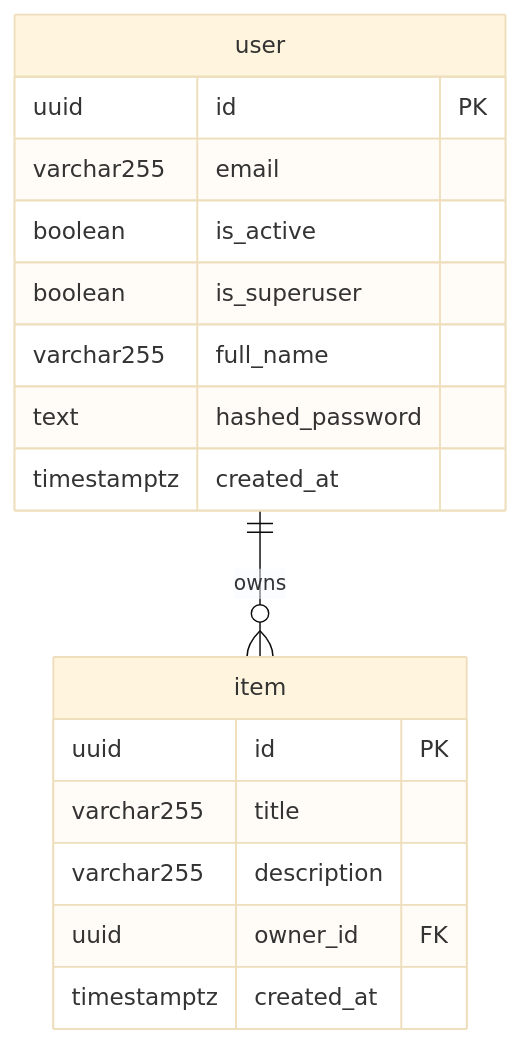
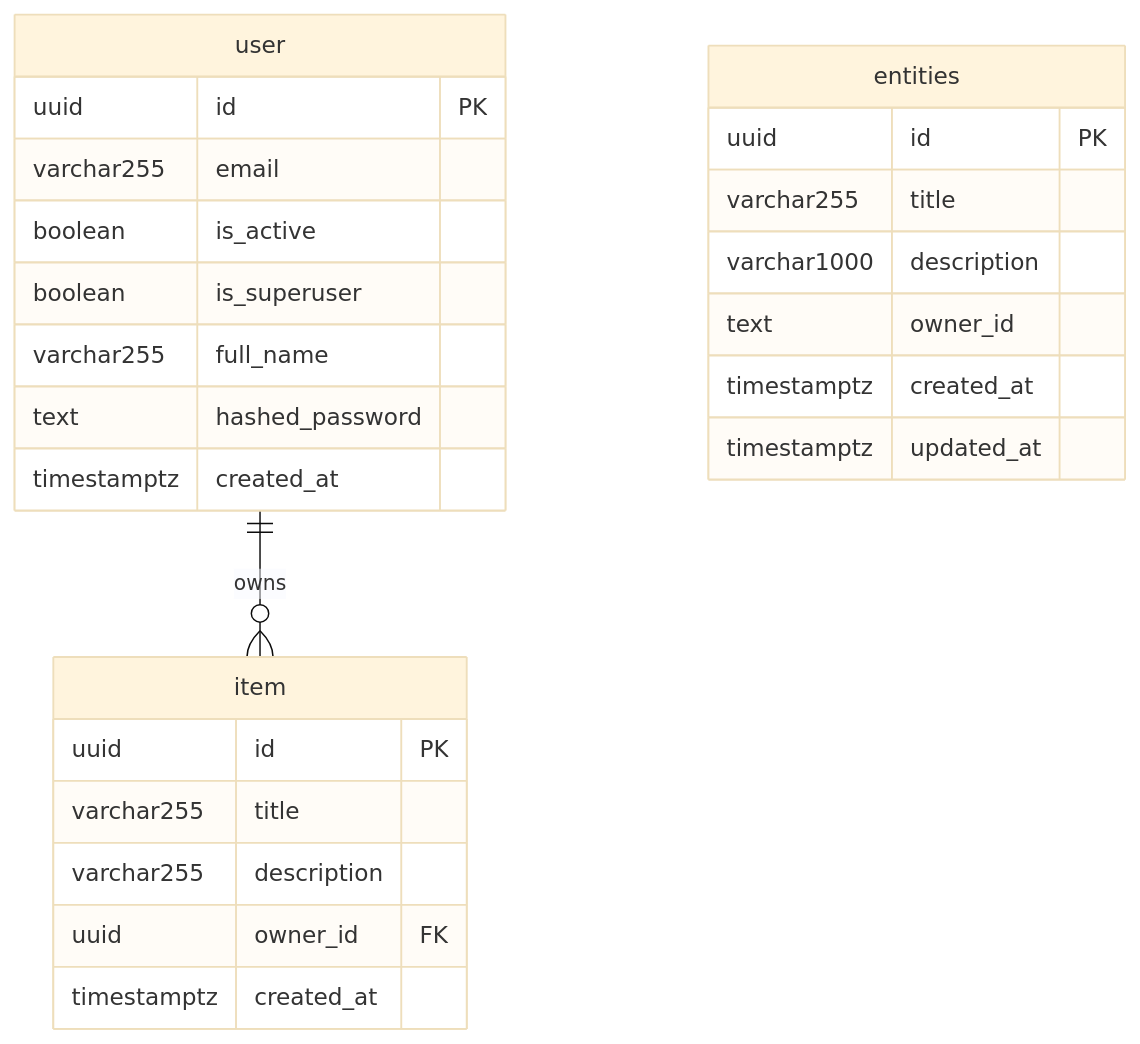
The diagram in docs/data/models.md (fastapi/full-stack-fastapi-template), drawn with Mermaid (base theme) before and after one commit. The commit also changed other lines of this file and 15 other files, not shown here.

````diff
--- a/docs/data/models.md
+++ b/docs/data/models.md
@@ -44,22 +47,31 @@
 ```mermaid
 erDiagram
     user ||--o{ item : "owns"
 
     user {
         uuid        id              PK
         varchar255  email
         boolean     is_active
         boolean     is_superuser
         varchar255  full_name
         text        hashed_password
         timestamptz created_at
     }
 
     item {
         uuid        id          PK
         varchar255  title
         varchar255  description
         uuid        owner_id    FK
         timestamptz created_at
     }
+
+    entities {
+        uuid        id          PK
+        varchar255  title
+        varchar1000 description
+        text        owner_id
+        timestamptz created_at
+        timestamptz updated_at
+    }
 ```
````
